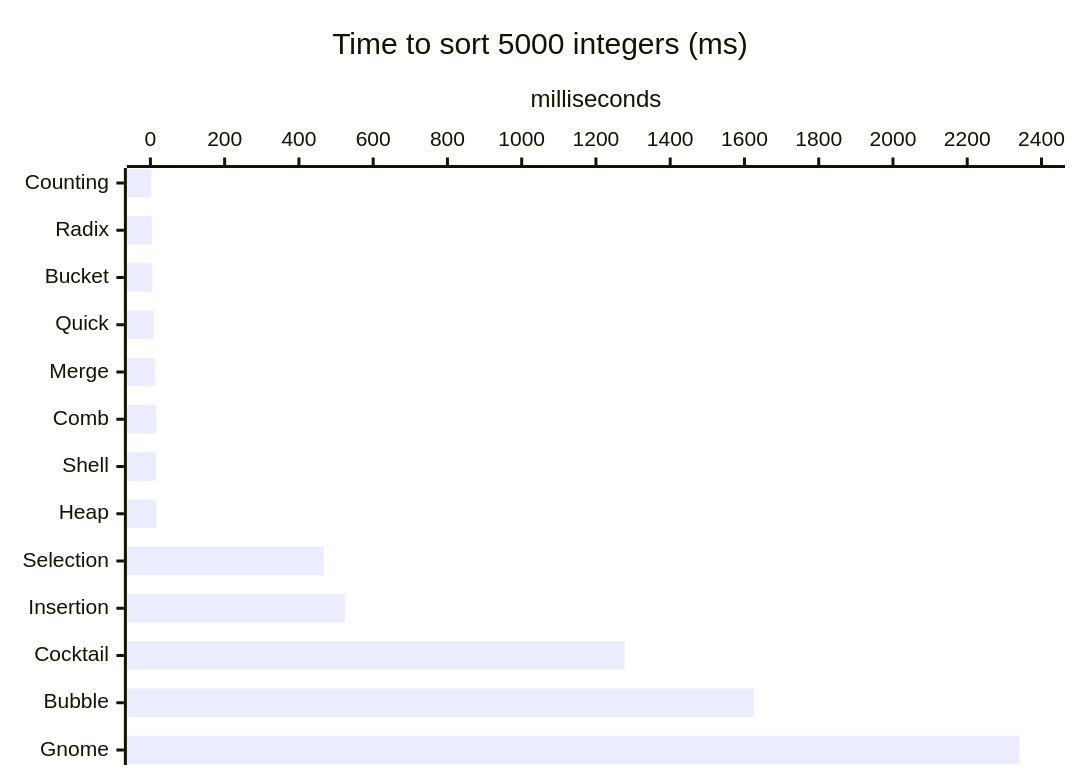
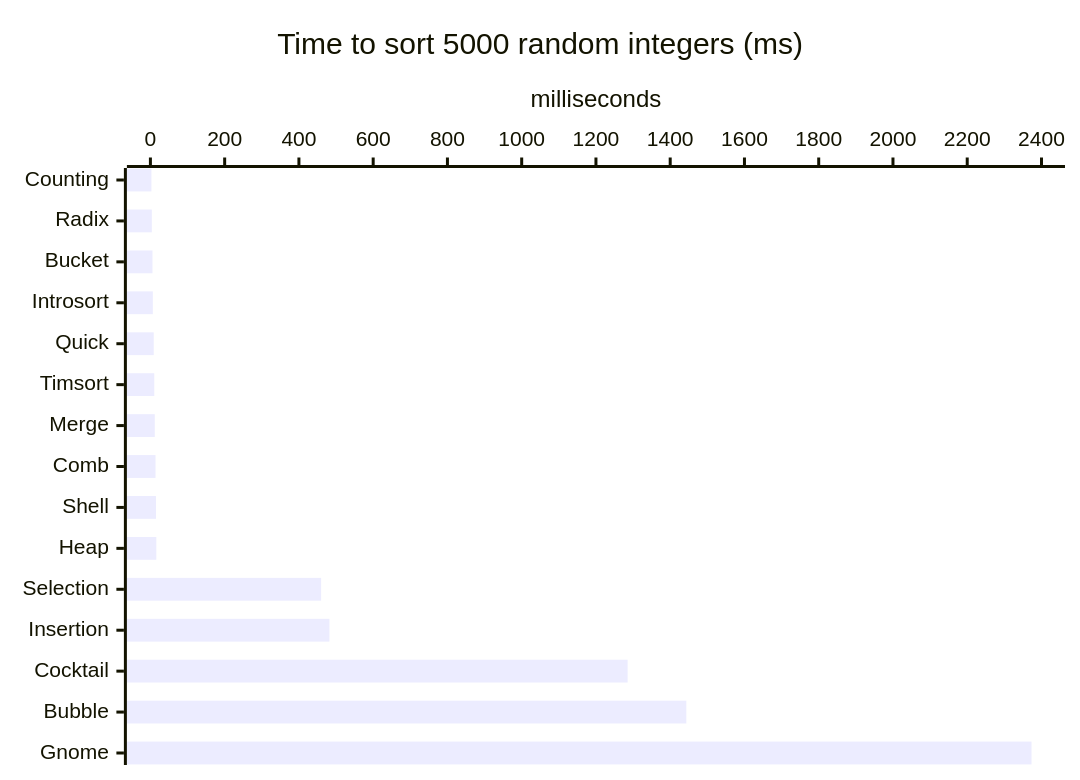
One commit to pattersonrptr/unicid changed the second of 2 diagrams in sorting_algorithms_python/README.md. Above: the diagram before and after it, drawn with Mermaid. The commit also changed other lines of this file and 1 other file, not shown here.

````diff
--- a/sorting_algorithms_python/README.md
+++ b/sorting_algorithms_python/README.md
@@ -53,7 +90,7 @@
 ```mermaid
 xychart-beta horizontal
-    title "Time to sort 5000 integers (ms)"
-    x-axis [Counting, Radix, Bucket, Quick, Merge, Comb, Shell, Heap, Selection, Insertion, Cocktail, Bubble, Gnome]
+    title "Time to sort 5000 random integers (ms)"
+    x-axis [Counting, Radix, Bucket, Introsort, Quick, Timsort, Merge, Comb, Shell, Heap, Selection, Insertion, Cocktail, Bubble, Gnome]
     y-axis "milliseconds" 0 --> 2400
-    bar [2.59, 3.81, 5.42, 9.31, 11.99, 14.65, 14.95, 16.11, 466.81, 523.75, 1277.44, 1625.58, 2340.06]
+    bar [2.66, 3.74, 5.53, 6.52, 8.93, 10.34, 11.75, 13.78, 14.97, 15.89, 459.78, 482.11, 1285.29, 1443.43, 2373.17]
 ```
````
